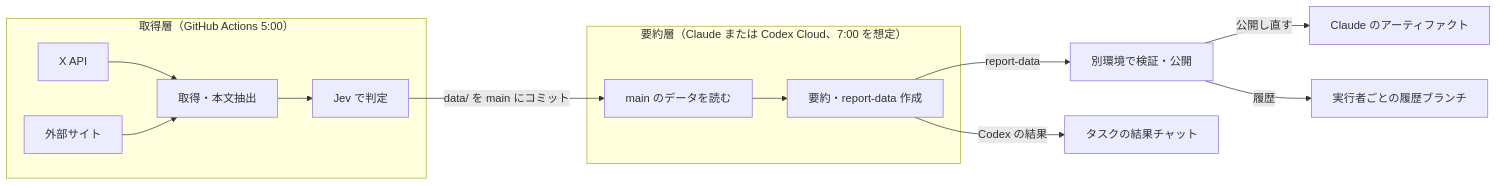
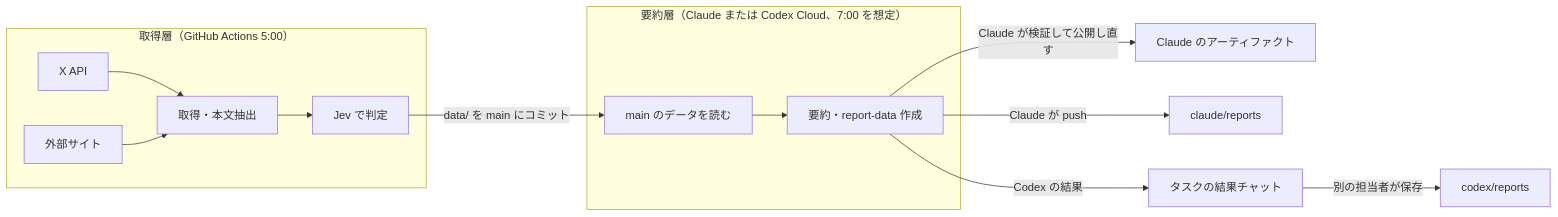
One commit to NaokiKomura/x-bookmark-digest-template changed the diagram in docs/spec.md. Above: the diagram before and after it, drawn with Mermaid. The commit also changed other lines of this file and 5 other files, not shown here.

````diff
--- a/docs/spec.md
+++ b/docs/spec.md
@@ -29,16 +29,16 @@
 ```mermaid
 flowchart LR
   subgraph 取得層["取得層（GitHub Actions 5:00）"]
     X[X API] --> F[取得・本文抽出]
     W[外部サイト] --> F
     F --> J[Jev で判定]
   end
   J -->|data/ を main にコミット| R
   subgraph 要約層["要約層（Claude または Codex Cloud、7:00 を想定）"]
     R[main のデータを読む] --> S[要約・report-data 作成]
   end
-  S -->|report-data| P[別環境で検証・公開]
-  P -->|公開し直す| A[Claude のアーティファクト]
-  P -->|履歴| B[実行者ごとの履歴ブランチ]
+  S -->|Claude が検証して公開し直す| A[Claude のアーティファクト]
+  S -->|Claude が push| B[claude/reports]
   S -->|Codex の結果| C[タスクの結果チャット]
+  C -->|別の担当者が保存| D[codex/reports]
 ```
````
